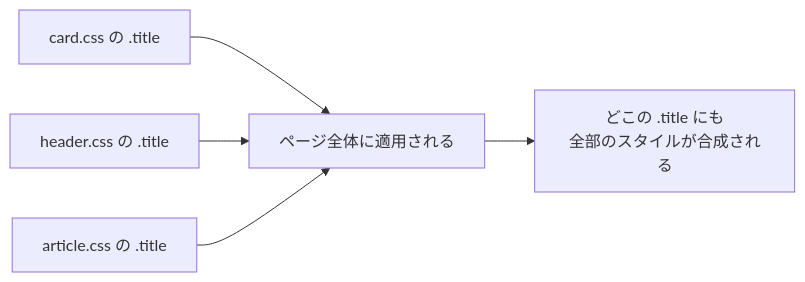
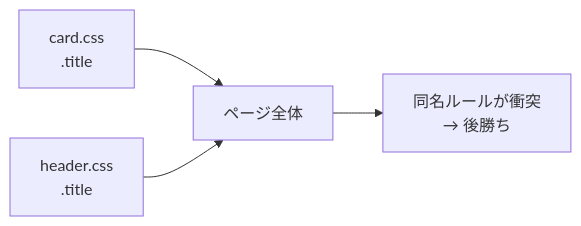
The first of 2 diagrams in docs/html-candidates/19/index.md (ozaki25/web-front-training-ozaki25), drawn with Mermaid before and after one commit. The commit also changed other lines of this file, not shown here.

````diff
--- a/docs/html-candidates/19/index.md
+++ b/docs/html-candidates/19/index.md
@@ -34,7 +34,6 @@
 ```mermaid
 flowchart LR
-  A[card.css の .title] --> P[ページ全体に適用される]
-  B[header.css の .title] --> P
-  C[article.css の .title] --> P
-  P --> X[どこの .title にも<br/>全部のスタイルが合成される]
+  A["card.css<br/>.title"] --> P["ページ全体"]
+  B["header.css<br/>.title"] --> P
+  P --> X["同名ルールが衝突<br/>→ 後勝ち"]
 ```
````
